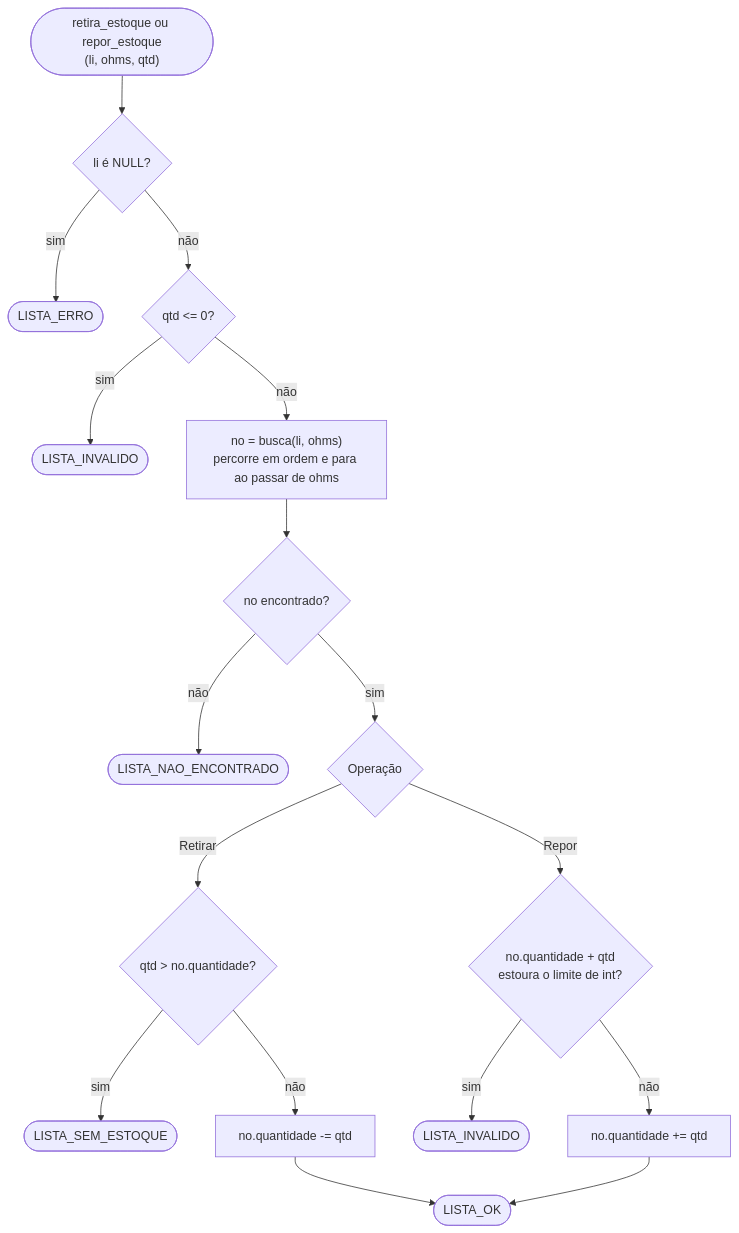
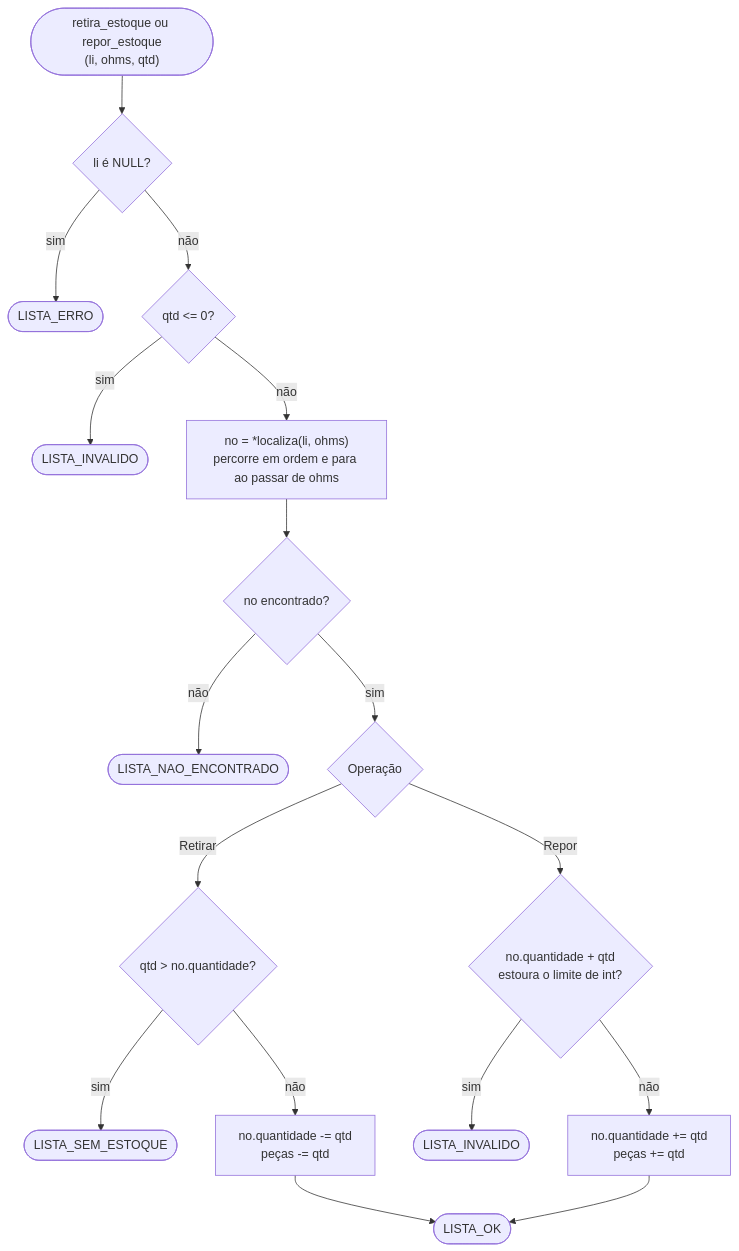
One commit to 0chambo/OhmFlow changed the sixth of 8 diagrams in README.md. Above: the diagram before and after it, drawn with Mermaid. The commit also changed other lines of this file and 8 other files, not shown here.

````diff
--- a/README.md
+++ b/README.md
@@ -182,19 +198,19 @@
 ```mermaid
 flowchart TD
     S(["retira_estoque ou repor_estoque<br/>(li, ohms, qtd)"]) --> L{"li é NULL?"}
     L -- sim --> E0(["LISTA_ERRO"])
     L -- não --> Q{"qtd <= 0?"}
     Q -- sim --> E1(["LISTA_INVALIDO"])
-    Q -- não --> B["no = busca(li, ohms)<br/>percorre em ordem e para ao passar de ohms"]
+    Q -- não --> B["no = *localiza(li, ohms)<br/>percorre em ordem e para ao passar de ohms"]
     B --> F{"no encontrado?"}
     F -- não --> E2(["LISTA_NAO_ENCONTRADO"])
     F -- sim --> T{"Operação"}
     T -- Retirar --> R1{"qtd > no.quantidade?"}
     R1 -- sim --> E3(["LISTA_SEM_ESTOQUE"])
-    R1 -- não --> R2["no.quantidade -= qtd"]
+    R1 -- não --> R2["no.quantidade -= qtd<br/>peças -= qtd"]
     T -- Repor --> P1{"no.quantidade + qtd<br/>estoura o limite de int?"}
     P1 -- sim --> E4(["LISTA_INVALIDO"])
-    P1 -- não --> P2["no.quantidade += qtd"]
+    P1 -- não --> P2["no.quantidade += qtd<br/>peças += qtd"]
     R2 --> OK(["LISTA_OK"])
     P2 --> OK
 ```
````
